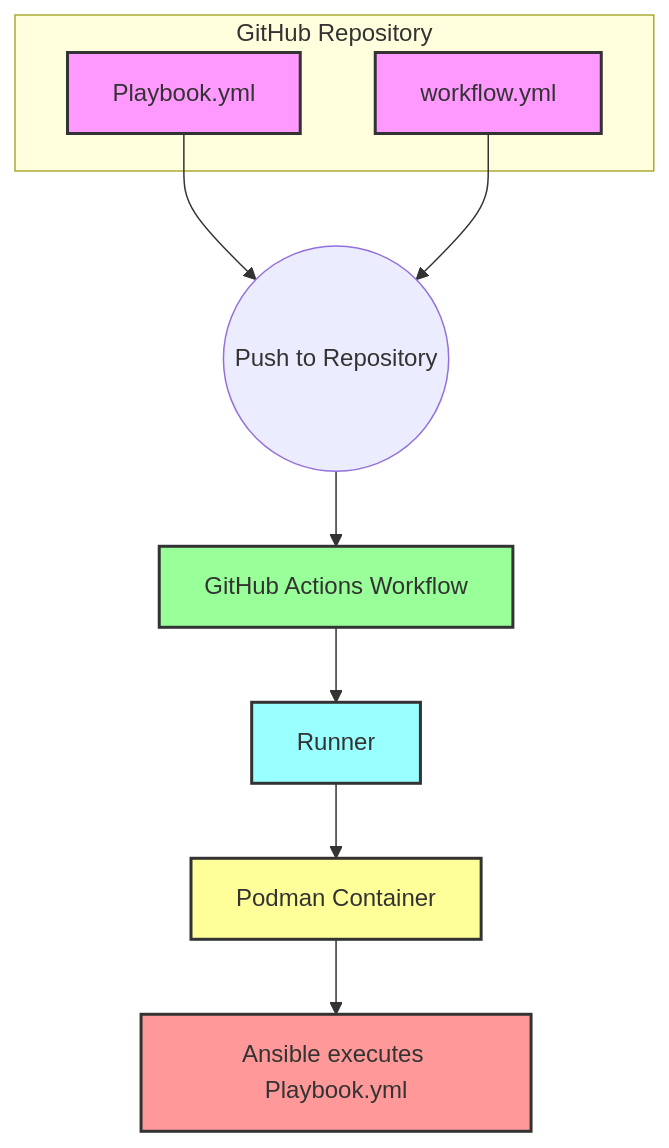
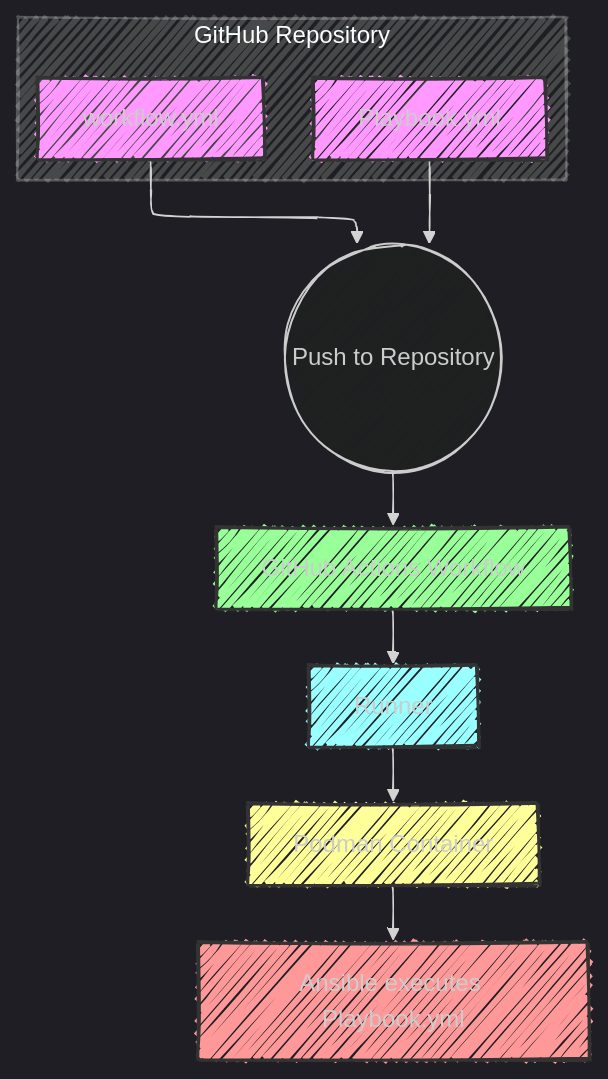
Before and after one commit to smartyjones/graphs: the diagram in README.md, drawn with Mermaid.

````diff
--- a/README.md
+++ b/README.md
@@ -3,20 +3,26 @@
 ```mermaid
+---
+config:
+  layout: elk
+  look: handDrawn
+  theme: dark
+---
 graph TD
     subgraph GitHub Repository
         A[Playbook.yml]
         B[workflow.yml]
     end
 
     A & B --> C((Push to Repository))
     C --> D[GitHub Actions Workflow]
     D --> E[Runner]
     E --> F[Podman Container]
     F --> G[Ansible executes Playbook.yml]
 
     style A fill:#f9f,stroke:#333,stroke-width:2px
     style B fill:#f9f,stroke:#333,stroke-width:2px
     style D fill:#9f9,stroke:#333,stroke-width:2px
     style E fill:#9ff,stroke:#333,stroke-width:2px
     style F fill:#ff9,stroke:#333,stroke-width:2px
     style G fill:#f99,stroke:#333,stroke-width:2px
 ```
````
